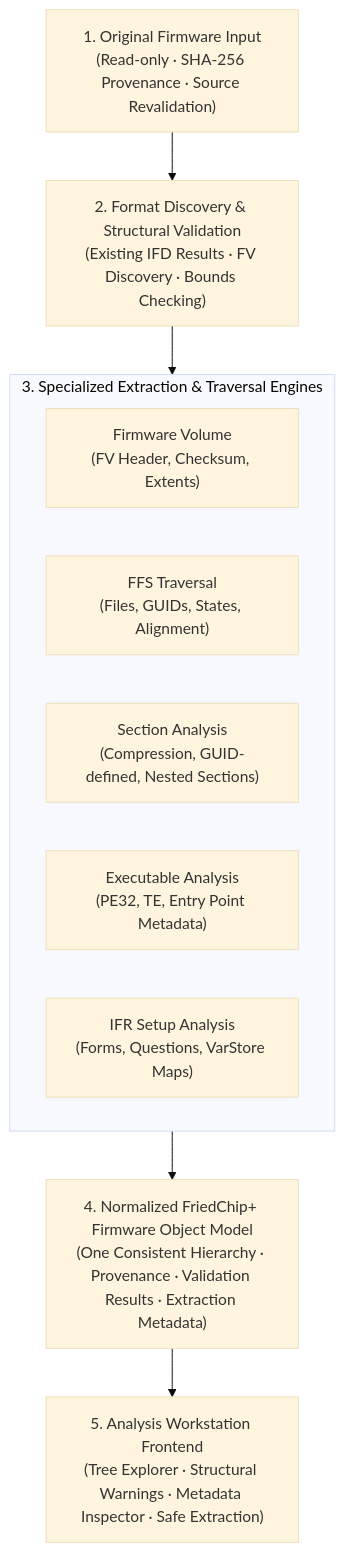
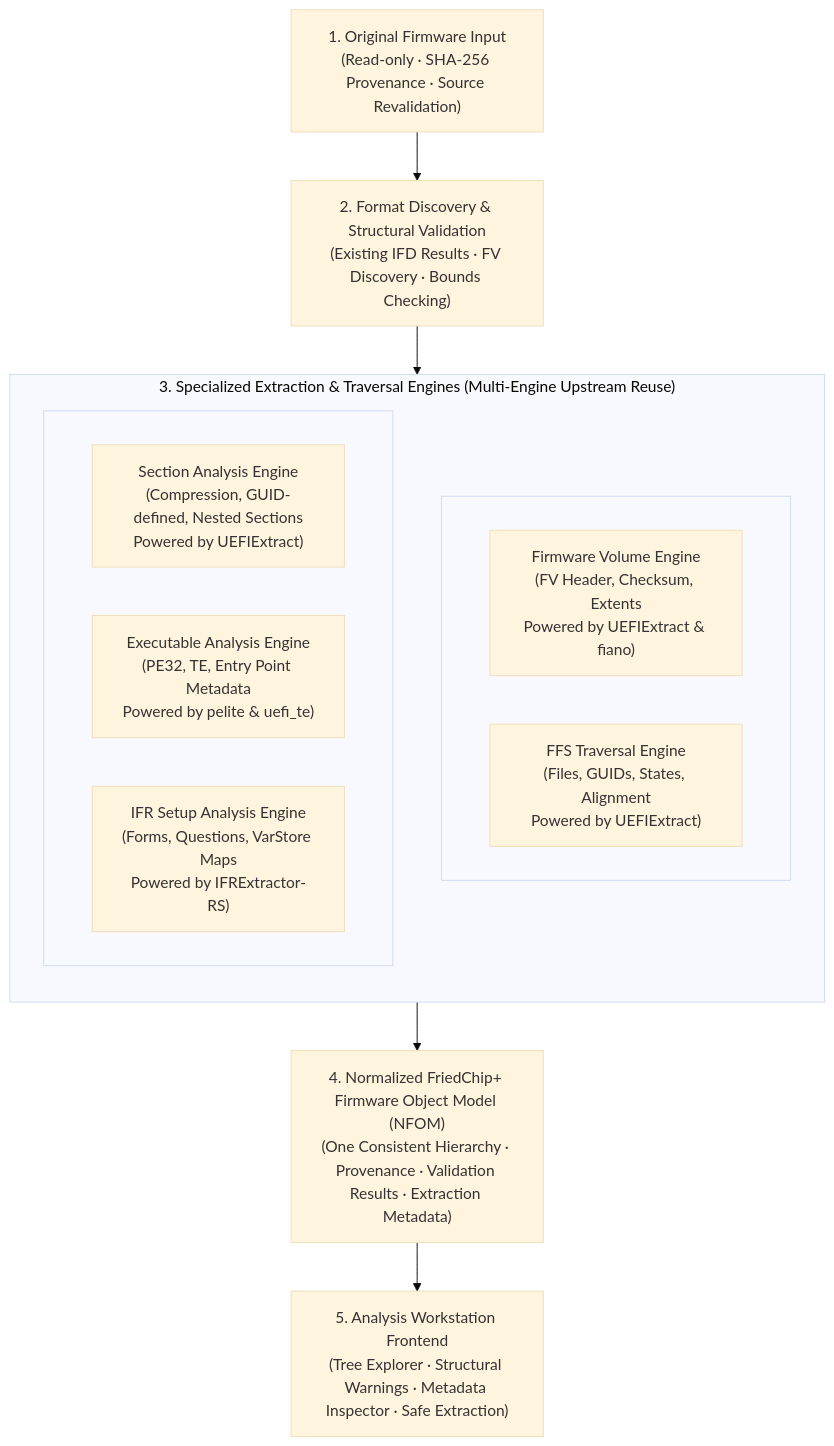
Before and after one commit to sufibuildwith-py/FriedChip-: the diagram in research/UEFI_STRUCTURE_ARCHITECTURE.md, drawn with Mermaid (base theme). The commit also changed other lines of this file and 11 other files, not shown here.

Commit message:
docs(phase3a.1): correct UEFI architecture and establish reuse-first multi-engine design

````diff
--- a/research/UEFI_STRUCTURE_ARCHITECTURE.md
+++ b/research/UEFI_STRUCTURE_ARCHITECTURE.md
@@ -16,21 +16,28 @@
 ```mermaid
 flowchart TD
     In["1. Original Firmware Input\n(Read-only · SHA-256 Provenance · Source Revalidation)"]
     Disc["2. Format Discovery & Structural Validation\n(Existing IFD Results · FV Discovery · Bounds Checking)"]
     
-    subgraph CoreEngines ["3. Specialized Extraction & Traversal Engines"]
-        FV["Firmware Volume\n(FV Header, Checksum, Extents)"]
-        FFS["FFS Traversal\n(Files, GUIDs, States, Alignment)"]
-        SEC["Section Analysis\n(Compression, GUID-defined, Nested Sections)"]
-        EXE["Executable Analysis\n(PE32, TE, Entry Point Metadata)"]
-        IFR["IFR Setup Analysis\n(Forms, Questions, VarStore Maps)"]
+    subgraph CoreEngines ["3. Specialized Extraction & Traversal Engines (Multi-Engine Upstream Reuse)"]
+        direction TB
+        subgraph TopRow [" "]
+            direction LR
+            FV["Firmware Volume Engine\n(FV Header, Checksum, Extents\nPowered by UEFIExtract & fiano)"]
+            FFS["FFS Traversal Engine\n(Files, GUIDs, States, Alignment\nPowered by UEFIExtract)"]
+        end
+        subgraph BottomRow [" "]
+            direction LR
+            SEC["Section Analysis Engine\n(Compression, GUID-defined, Nested Sections\nPowered by UEFIExtract)"]
+            EXE["Executable Analysis Engine\n(PE32, TE, Entry Point Metadata\nPowered by pelite & uefi_te)"]
+            IFR["IFR Setup Analysis Engine\n(Forms, Questions, VarStore Maps\nPowered by IFRExtractor-RS)"]
+        end
     end
     
-    Norm["4. Normalized FriedChip+ Firmware Object Model\n(One Consistent Hierarchy · Provenance · Validation Results · Extraction Metadata)"]
+    Norm["4. Normalized FriedChip+ Firmware Object Model (NFOM)\n(One Consistent Hierarchy · Provenance · Validation Results · Extraction Metadata)"]
     UI["5. Analysis Workstation Frontend\n(Tree Explorer · Structural Warnings · Metadata Inspector · Safe Extraction)"]
 
     In --> Disc
     Disc --> CoreEngines
     CoreEngines --> Norm
     Norm --> UI
 ```
````
